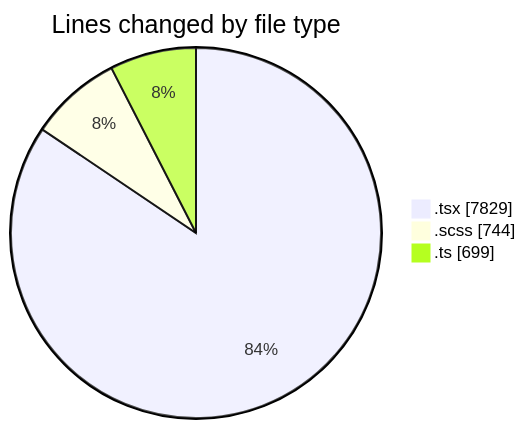
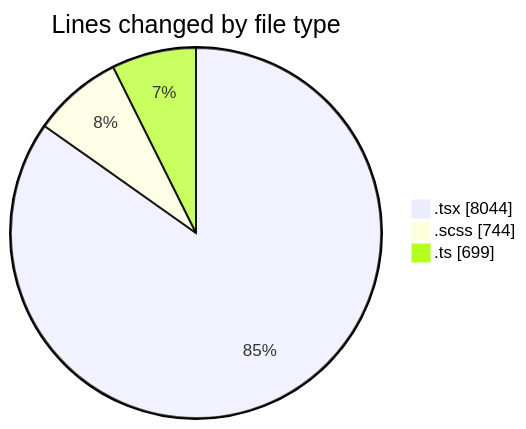
One commit to momahboobian/code-tracking changed the first of 2 diagrams in 2025-07-03/cda/README.md. Above: the diagram before and after it, drawn with Mermaid. The commit also changed other lines of this file and 1 other file, not shown here.

````diff
--- a/2025-07-03/cda/README.md
+++ b/2025-07-03/cda/README.md
@@ -49,7 +50,7 @@
 ```mermaid
 pie showData
 title Lines changed by file type
-".tsx" : 7829
+".tsx" : 8044
 ".scss" : 744
 ".ts" : 699
 ```
````
